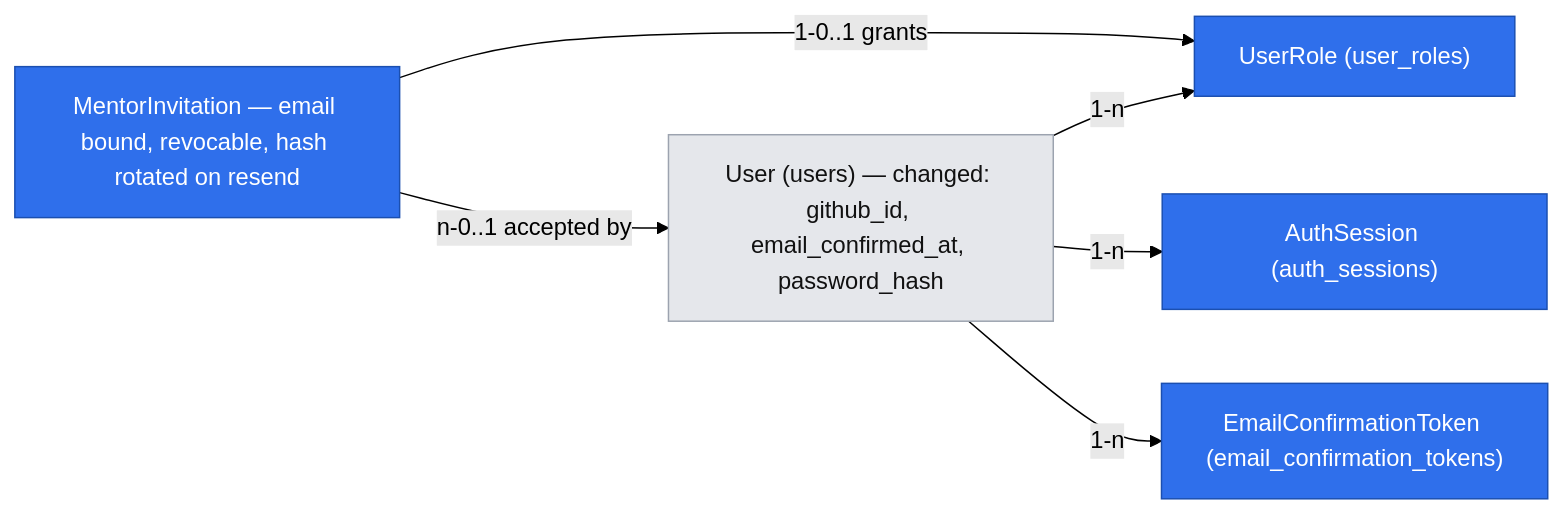
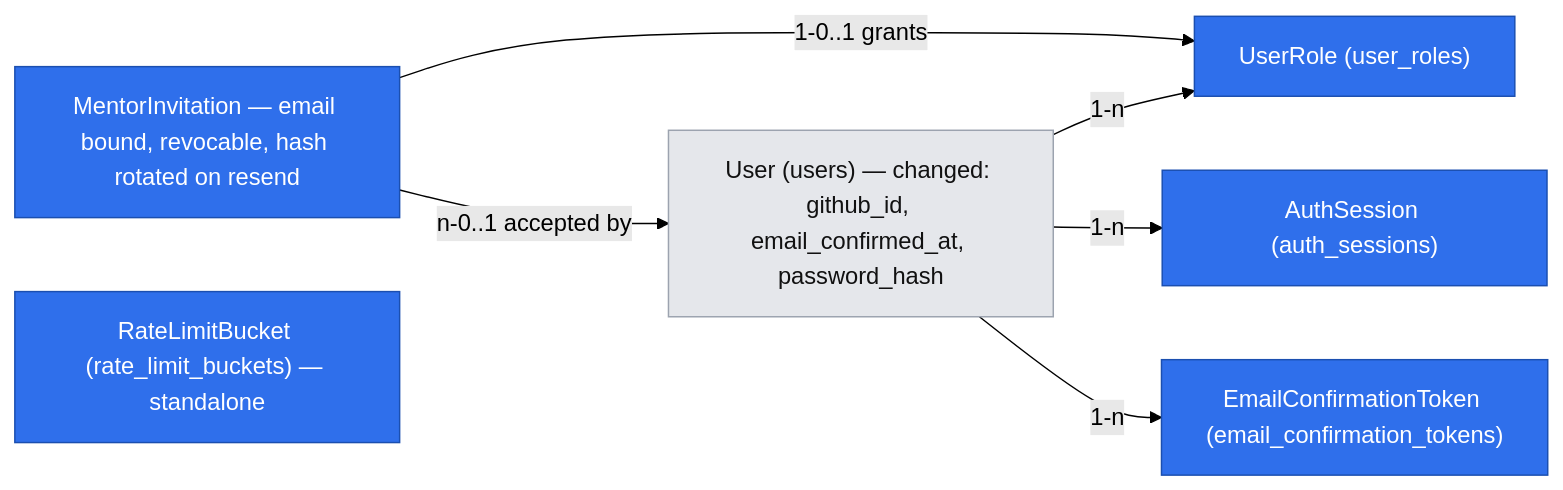
Before and after one commit to rafsaw/ai_techleaders: the second of 2 diagrams in .ai/specs/2026-10-17-accounts-and-roles.md, drawn with Mermaid (forest theme). The commit also changed other lines of this file and 2 other files, not shown here.

````diff
--- a/.ai/specs/2026-10-17-accounts-and-roles.md
+++ b/.ai/specs/2026-10-17-accounts-and-roles.md
@@ -296,17 +308,18 @@
 ```mermaid
 flowchart LR
     classDef newEntity fill:#2f6feb,color:#fff,stroke:#1b4fb0
     classDef existingEntity fill:#e5e7eb,color:#111,stroke:#9ca3af
 
     entity_1["User (users) — changed: github_id, email_confirmed_at, password_hash"]:::existingEntity
     entity_2["UserRole (user_roles)"]:::newEntity
     entity_3["AuthSession (auth_sessions)"]:::newEntity
     entity_4["EmailConfirmationToken (email_confirmation_tokens)"]:::newEntity
     entity_5["MentorInvitation — email bound, revocable, hash rotated on resend"]:::newEntity
+    entity_6["RateLimitBucket (rate_limit_buckets) — standalone"]:::newEntity
 
     entity_1 -->|"1-n"| entity_2
     entity_1 -->|"1-n"| entity_3
     entity_1 -->|"1-n"| entity_4
     entity_5 -->|"1-0..1 grants"| entity_2
     entity_5 -->|"n-0..1 accepted by"| entity_1
 ```
````
